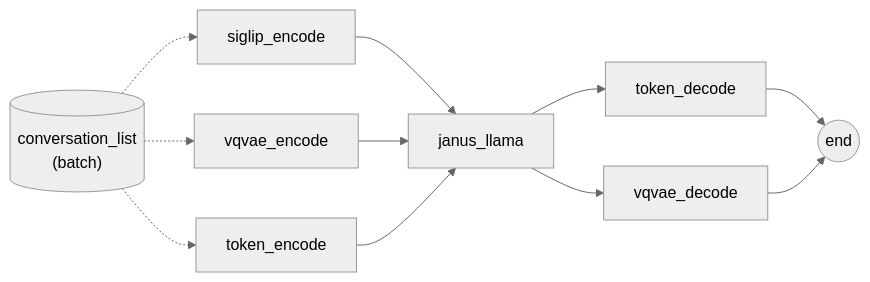
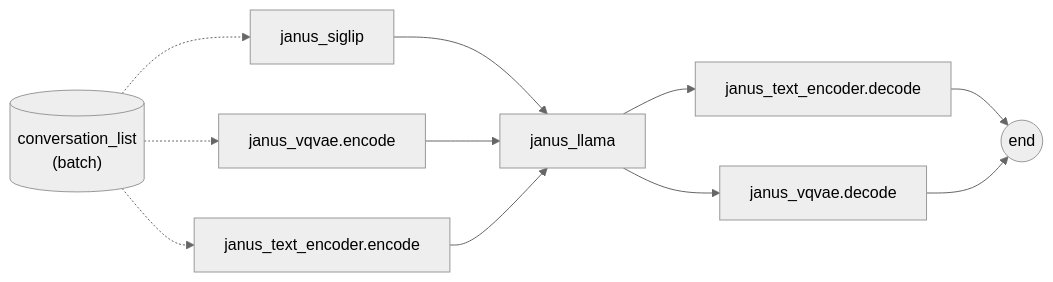
One commit to ByteDance-Seed/VeOmni changed the third of 5 diagrams in docs/seed_omni/seed_omni_v2.md. Above: the diagram before and after it, drawn with Mermaid (neutral theme). The commit also changed other lines of this file and 21 other files, not shown here.

````diff
--- a/docs/seed_omni/seed_omni_v2.md
+++ b/docs/seed_omni/seed_omni_v2.md
@@ -205,13 +210,13 @@
 ```mermaid
 flowchart LR
-    data[("conversation_list<br/>(batch)")] -.-> S[siglip_encode]
-    data -.-> V[vqvae_encode]
-    data -.-> T[token_encode]
+    data[("conversation_list<br/>(batch)")] -.-> S[janus_siglip]
+    data -.-> V[janus_vqvae.encode]
+    data -.-> T[janus_text_encoder.encode]
     S --> L[janus_llama]
     V --> L
     T --> L
-    L --> TD[token_decode]
-    L --> VD[vqvae_decode]
+    L --> TD[janus_text_encoder.decode]
+    L --> VD[janus_vqvae.decode]
     TD --> E((end))
     VD --> E
 ```
````
